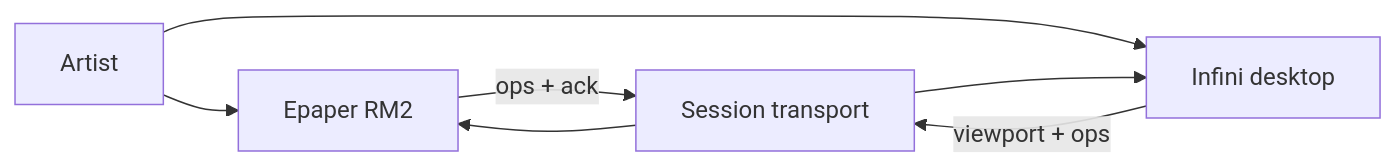
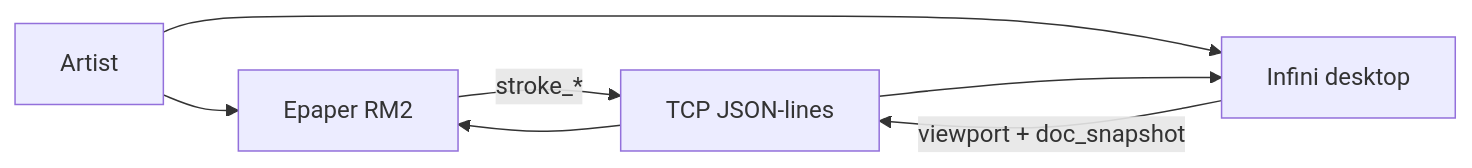
One commit to hoaidv/reawa changed the first of 2 diagrams in .docs/modules/infini/architecture.md. Above: the diagram before and after it, drawn with Mermaid. The commit also changed other lines of this file and 18 other files, not shown here.

````diff
--- a/.docs/modules/infini/architecture.md
+++ b/.docs/modules/infini/architecture.md
@@ -54,9 +50,9 @@
 ```mermaid
 flowchart LR
   artist["Artist"] --> epaper["Epaper RM2"]
   artist --> infini["Infini desktop"]
-  epaper -->|"ops + ack"| session["Session transport"]
-  infini -->|"viewport + ops"| session
+  epaper -->|"stroke_*"| session["TCP JSON-lines"]
+  infini -->|"viewport + doc_snapshot"| session
   session --> epaper
   session --> infini
 ```
````
